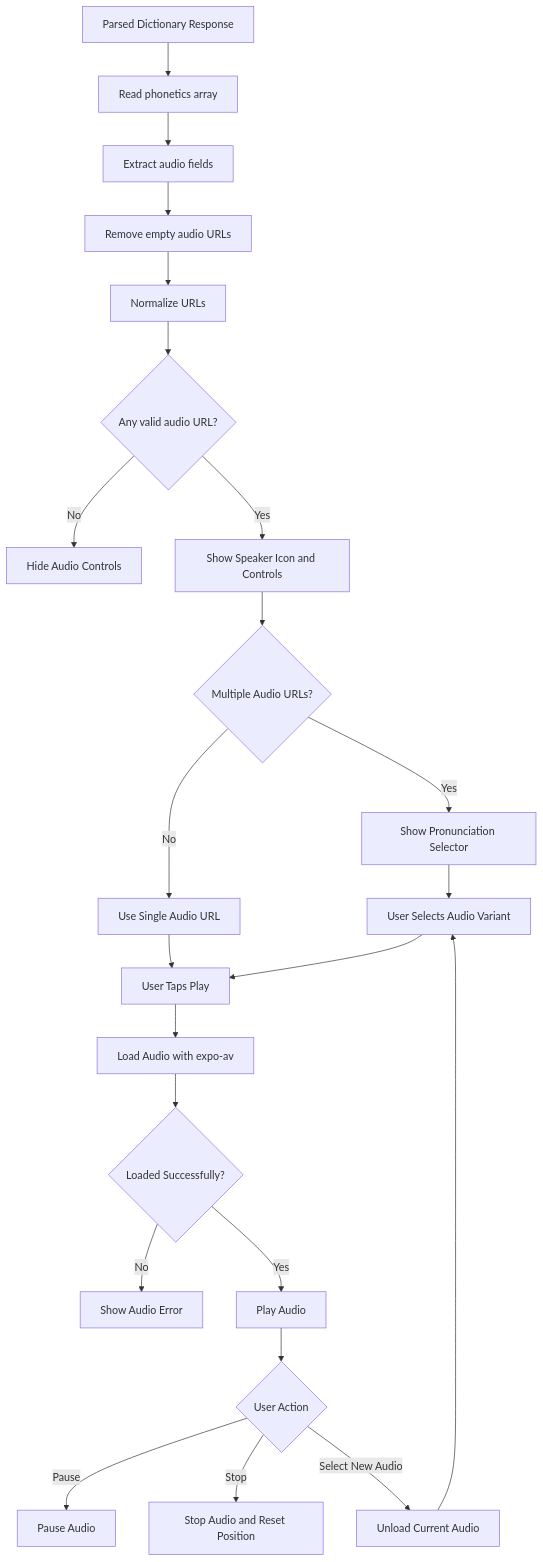
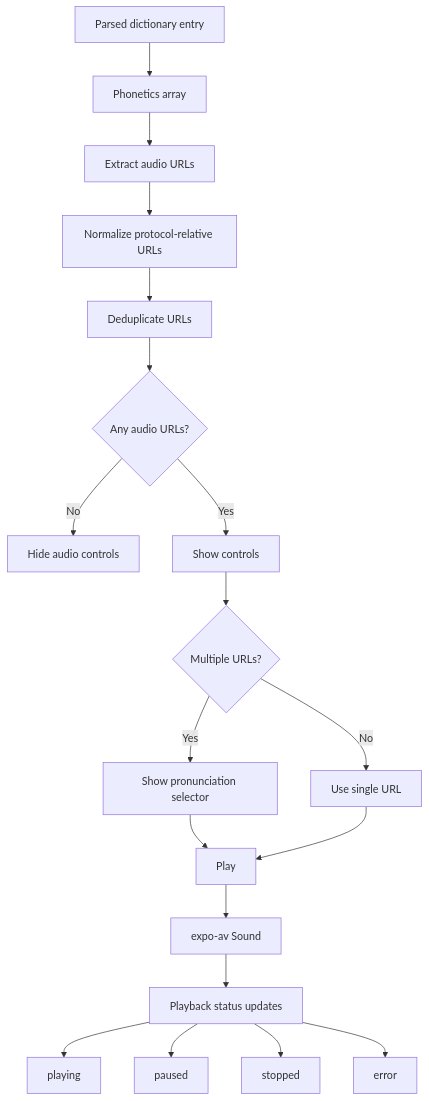
One commit to m-prosper-10/mobile.dictionary changed the sixth of 11 diagrams in DOCS.md. Above: the diagram before and after it, drawn with Mermaid. The commit also changed other lines of this file and 1 other file, not shown here.

Commit message:
Update architectural documentation to match Expo Router and Datamuse integration and clean up dictionary API service definitions.

````diff
--- a/DOCS.md
+++ b/DOCS.md
@@ -171,34 +187,25 @@
 ```mermaid
 flowchart TD
-    A[Parsed Dictionary Response] --> B[Read phonetics array]
-    B --> C[Extract audio fields]
-    C --> D[Remove empty audio URLs]
-    D --> E[Normalize URLs]
+    ParsedData[Parsed dictionary entry] --> Phonetics[Phonetics array]
+    Phonetics --> Extract[Extract audio URLs]
+    Extract --> Normalize[Normalize protocol-relative URLs]
+    Normalize --> Deduplicate[Deduplicate URLs]
 
-    E --> F{Any valid audio URL?}
+    Deduplicate --> HasAudio{Any audio URLs?}
+    HasAudio -->|No| HideControls[Hide audio controls]
+    HasAudio -->|Yes| ShowControls[Show controls]
 
-    F -->|No| G[Hide Audio Controls]
-    F -->|Yes| H[Show Speaker Icon and Controls]
+    ShowControls --> SelectVariant{Multiple URLs?}
+    SelectVariant -->|Yes| VariantPicker[Show pronunciation selector]
+    SelectVariant -->|No| SingleAudio[Use single URL]
 
-    H --> I{Multiple Audio URLs?}
+    VariantPicker --> Play[Play]
+    SingleAudio --> Play
+    Play --> ExpoAV[expo-av Sound]
+    ExpoAV --> PlaybackStatus[Playback status updates]
 
-    I -->|Yes| J[Show Pronunciation Selector]
-    I -->|No| K[Use Single Audio URL]
-
-    J --> L[User Selects Audio Variant]
-    K --> M[User Taps Play]
-    L --> M
-
-    M --> N[Load Audio with expo-av]
-    N --> O{Loaded Successfully?}
-
-    O -->|No| P[Show Audio Error]
-    O -->|Yes| Q[Play Audio]
-
-    Q --> R{User Action}
-    R -->|Pause| S[Pause Audio]
-    R -->|Stop| T[Stop Audio and Reset Position]
-    R -->|Select New Audio| U[Unload Current Audio]
-
-    U --> L
+    PlaybackStatus --> Playing[playing]
+    PlaybackStatus --> Paused[paused]
+    PlaybackStatus --> Stopped[stopped]
+    PlaybackStatus --> Error[error]
 ```
````
